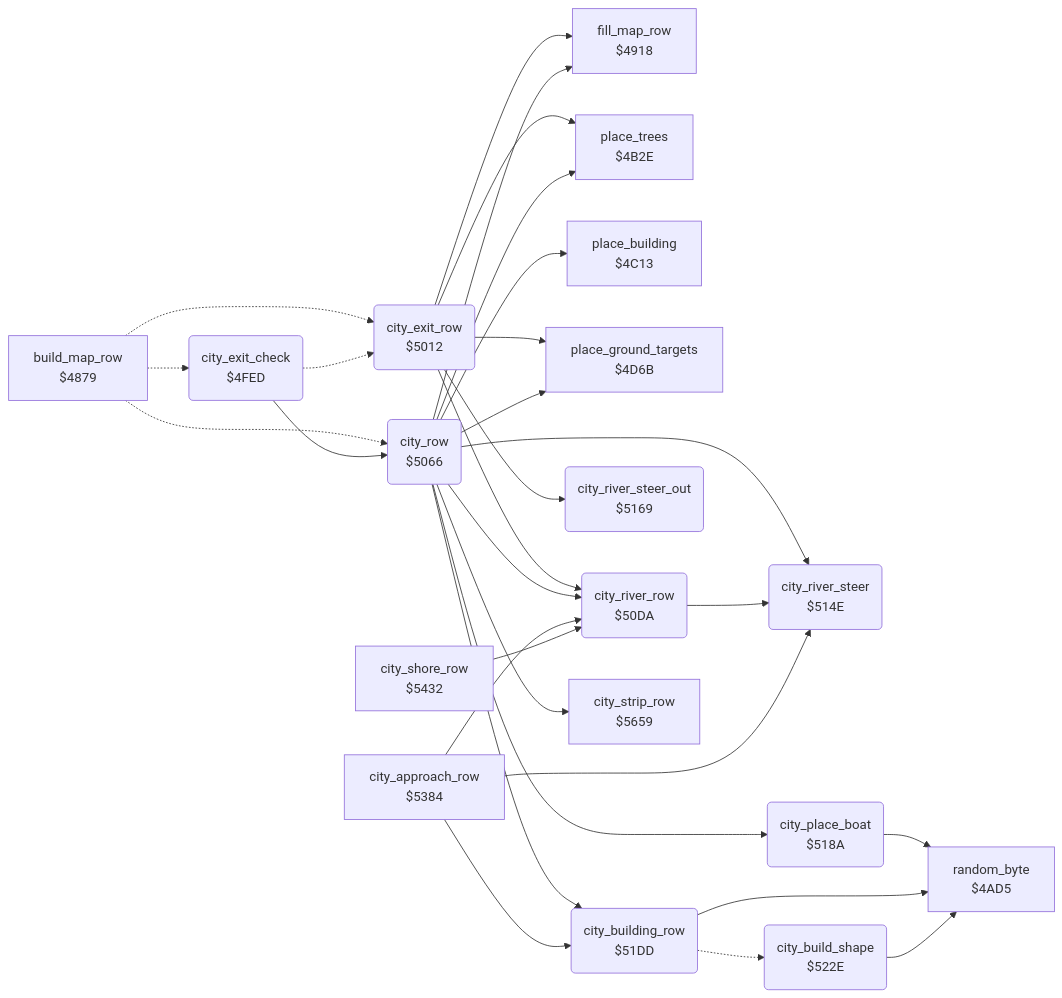
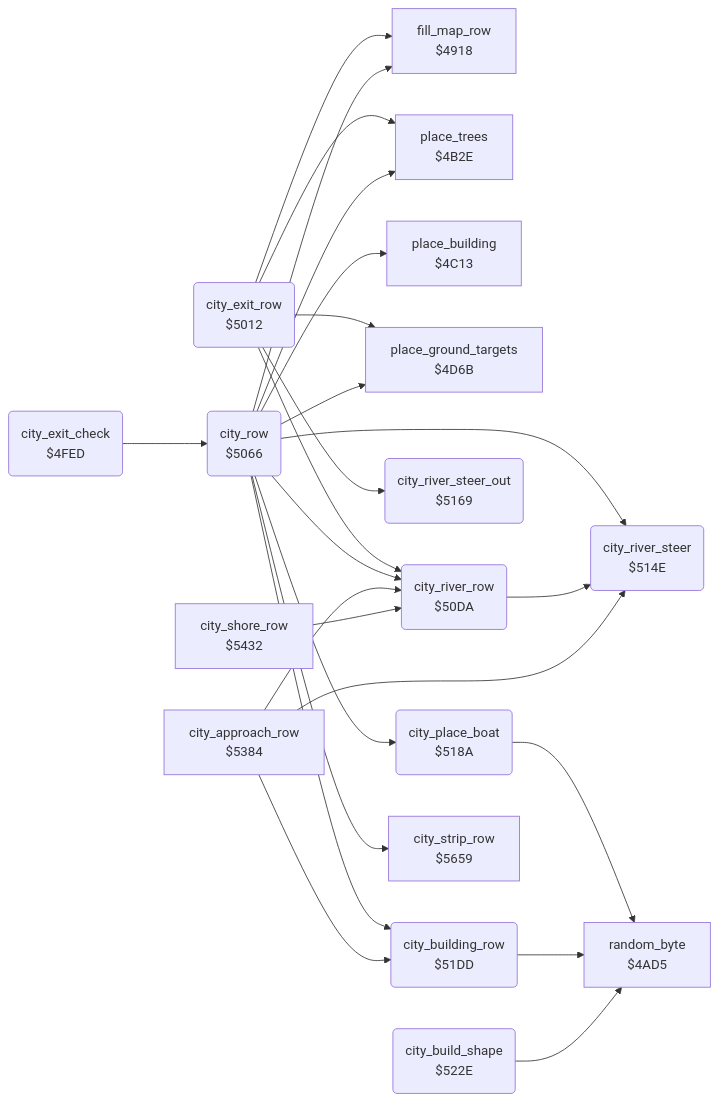
The diagram in blue_max/docs/reference/modules/ground/city.md (henols/c64_games), drawn with Mermaid before and after one commit. The commit also changed other lines of this file and 1100 other files, not shown here.

````diff
--- a/blue_max/docs/reference/modules/ground/city.md
+++ b/blue_max/docs/reference/modules/ground/city.md
@@ -10,49 +32,43 @@
 ```mermaid
 flowchart LR
-  n4879["build_map_row<br/>$4879"]
   n4918["fill_map_row<br/>$4918"]
   n4ad5["random_byte<br/>$4AD5"]
   n4b2e["place_trees<br/>$4B2E"]
   n4c13["place_building<br/>$4C13"]
   n4d6b["place_ground_targets<br/>$4D6B"]
   n4fed("city_exit_check<br/>$4FED")
   n5012("city_exit_row<br/>$5012")
   n5066("city_row<br/>$5066")
   n50da("city_river_row<br/>$50DA")
   n514e("city_river_steer<br/>$514E")
   n5169("city_river_steer_out<br/>$5169")
   n518a("city_place_boat<br/>$518A")
   n51dd("city_building_row<br/>$51DD")
   n522e("city_build_shape<br/>$522E")
   n5384["city_approach_row<br/>$5384"]
   n5432["city_shore_row<br/>$5432"]
   n5659["city_strip_row<br/>$5659"]
-  n4879 -.-> n4fed
-  n4879 -.-> n5012
-  n4879 -.-> n5066
-  n4fed -.-> n5012
   n4fed --> n5066
   n5012 --> n4918
   n5012 --> n4b2e
   n5012 --> n4d6b
   n5012 --> n50da
   n5012 --> n5169
   n5066 --> n4918
   n5066 --> n4b2e
   n5066 --> n4c13
   n5066 --> n4d6b
   n5066 --> n50da
   n5066 --> n514e
   n5066 --> n518a
   n5066 --> n51dd
   n5066 --> n5659
   n50da --> n514e
   n518a --> n4ad5
   n51dd --> n4ad5
-  n51dd -.-> n522e
   n522e --> n4ad5
   n5384 --> n50da
   n5384 --> n514e
   n5384 --> n51dd
   n5432 --> n50da
 ```
````
